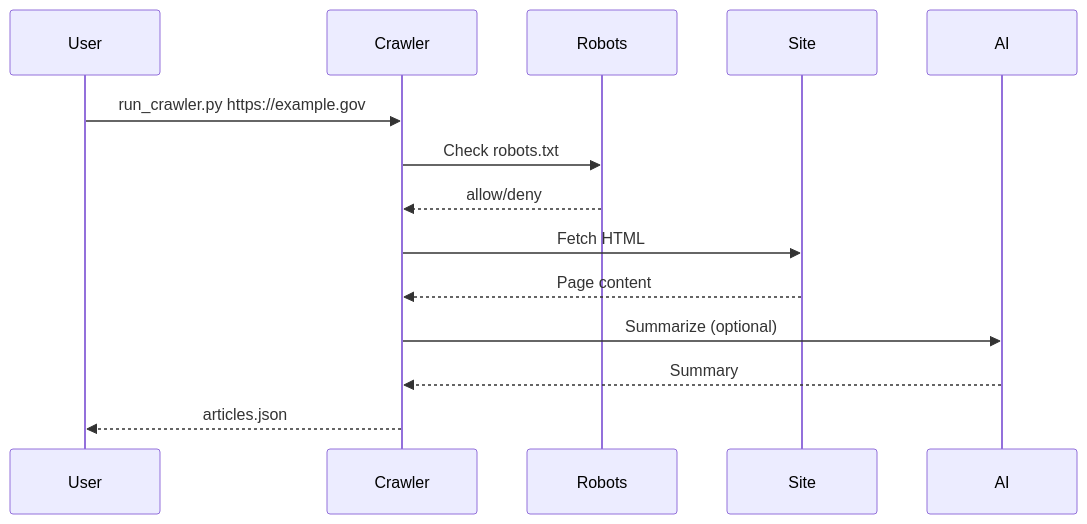
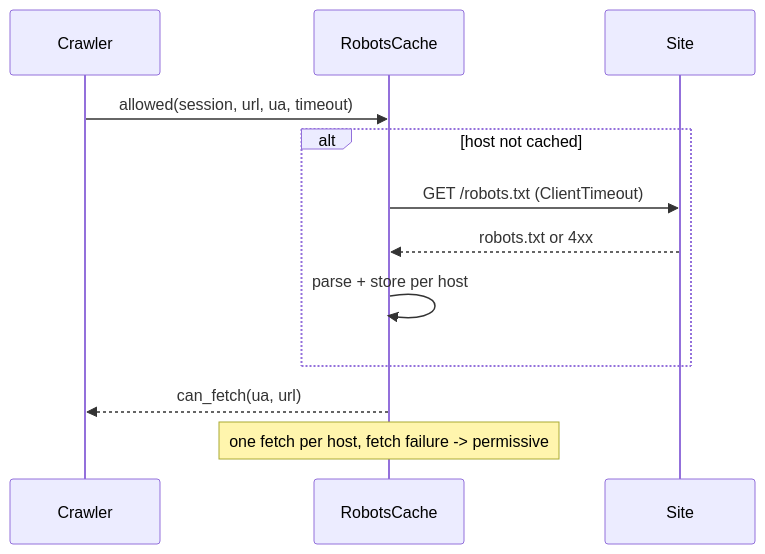
One commit to hoangsonww/AI-Gov-Content-Curator changed the fifth of 5 diagrams in python_crawler/README.md. Above: the diagram before and after it, drawn with Mermaid. The commit also changed other lines of this file and 55 other files, not shown here.

````diff
--- a/python_crawler/README.md
+++ b/python_crawler/README.md
@@ -36,17 +118,15 @@
 ```mermaid
 sequenceDiagram
-    participant User
     participant Crawler
-    participant Robots
+    participant Cache as RobotsCache
     participant Site
-    participant AI
 
-    User->>Crawler: run_crawler.py https://example.gov
-    Crawler->>Robots: Check robots.txt
-    Robots-->>Crawler: allow/deny
-    Crawler->>Site: Fetch HTML
-    Site-->>Crawler: Page content
-    Crawler->>AI: Summarize (optional)
-    AI-->>Crawler: Summary
-    Crawler-->>User: articles.json
+    Crawler->>Cache: allowed(session, url, ua, timeout)
+    alt host not cached
+        Cache->>Site: GET /robots.txt (ClientTimeout)
+        Site-->>Cache: robots.txt or 4xx
+        Cache->>Cache: parse + store per host
+    end
+    Cache-->>Crawler: can_fetch(ua, url)
+    Note over Cache: one fetch per host, fetch failure -> permissive
 ```
````
